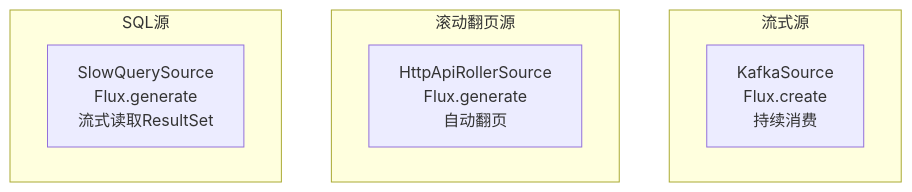
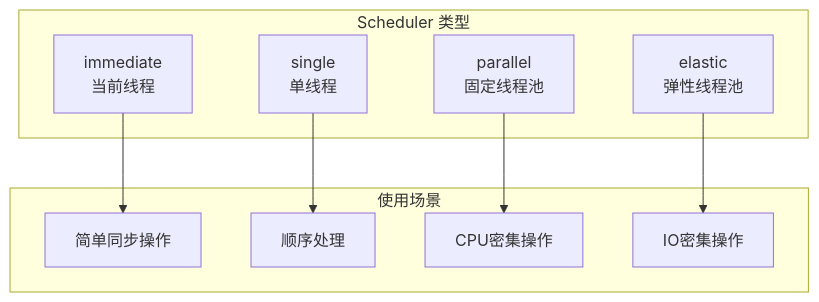
The eighth of 16 diagrams in pipeline-framework-design.md (312268112/advanced-java), drawn with Mermaid before and after one commit. The commit also changed other lines of this file, not shown here.

````diff
--- a/pipeline-framework-design.md
+++ b/pipeline-framework-design.md
@@ -211,14 +694,16 @@
 ```mermaid
 graph TB
-    subgraph StreamingSource["流式源"]
-        K[KafkaSource<br/>Flux.create<br/>持续消费]
+    subgraph "Scheduler 类型"
+        Immediate[immediate<br/>当前线程]
+        Single[single<br/>单线程]
+        Parallel[parallel<br/>固定线程池]
+        Elastic[elastic<br/>弹性线程池]
     end
     
-    subgraph RollerSource["滚动翻页源"]
-        H[HttpApiRollerSource<br/>Flux.generate<br/>自动翻页]
-    end
-    
-    subgraph SqlSource["SQL源"]
-        S[SlowQuerySource<br/>Flux.generate<br/>流式读取ResultSet]
+    subgraph "使用场景"
+        Immediate --> S1[简单同步操作]
+        Single --> S2[顺序处理]
+        Parallel --> S3[CPU密集操作]
+        Elastic --> S4[IO密集操作]
     end
 ```
````
